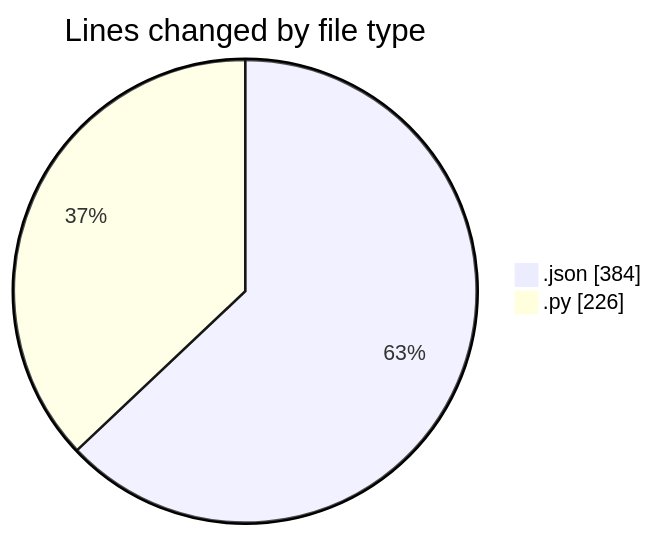
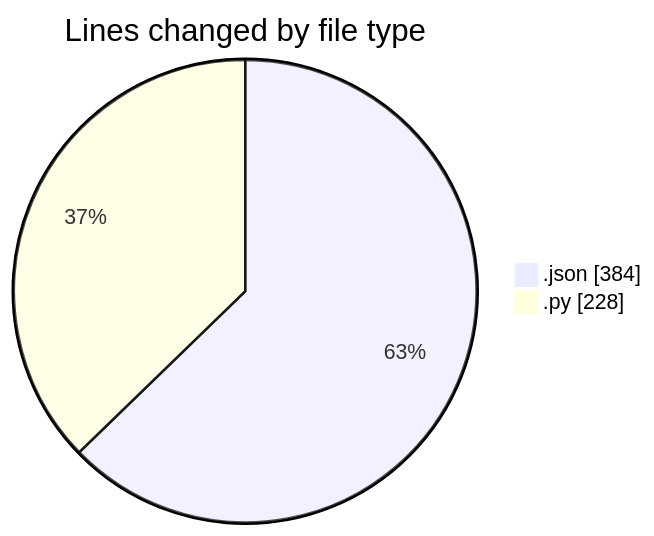
The first of 2 diagrams in 2026-01-02/dsa/README.md (Ritupan-Deka/code-tracking), drawn with Mermaid before and after one commit. The commit also changed other lines of this file and 1 other file, not shown here.

````diff
--- a/2026-01-02/dsa/README.md
+++ b/2026-01-02/dsa/README.md
@@ -22,6 +22,6 @@
 ```mermaid
 pie showData
 title Lines changed by file type
 ".json" : 384
-".py" : 226
+".py" : 228
 ```
````
